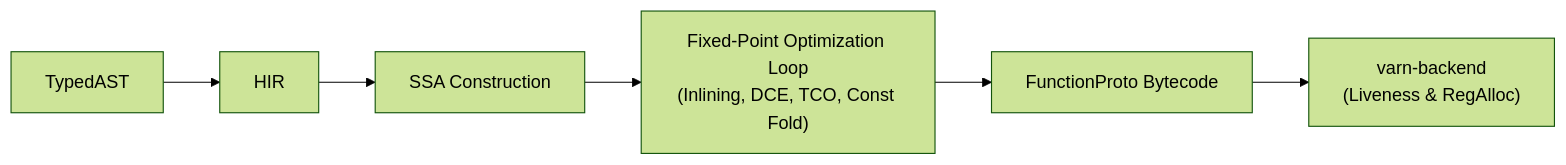
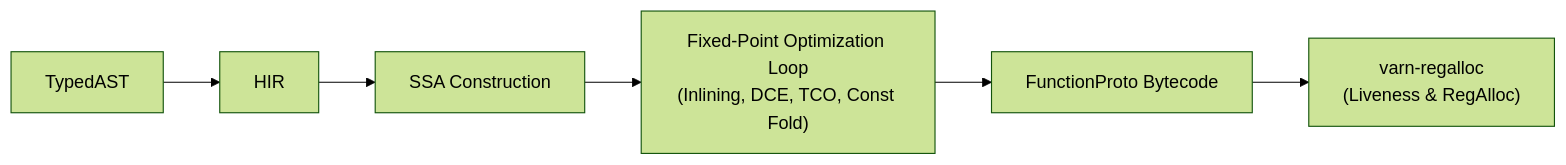
One commit to carlos-burelo/varn changed the second of 4 diagrams in docs/ARCHITECTURE.md. Above: the diagram before and after it, drawn with Mermaid (forest theme). The commit also changed other lines of this file and 65 other files, not shown here.

````diff
--- a/docs/ARCHITECTURE.md
+++ b/docs/ARCHITECTURE.md
@@ -98,8 +93,8 @@
 ```mermaid
 flowchart LR
     A["TypedAST"] --> B["HIR"]
     B --> C["SSA Construction"]
     C --> D["Fixed-Point Optimization Loop\n(Inlining, DCE, TCO, Const Fold)"]
     D --> E["FunctionProto Bytecode"]
-    E --> F["varn-backend\n(Liveness & RegAlloc)"]
+    E --> F["varn-regalloc\n(Liveness & RegAlloc)"]
 ```
````
